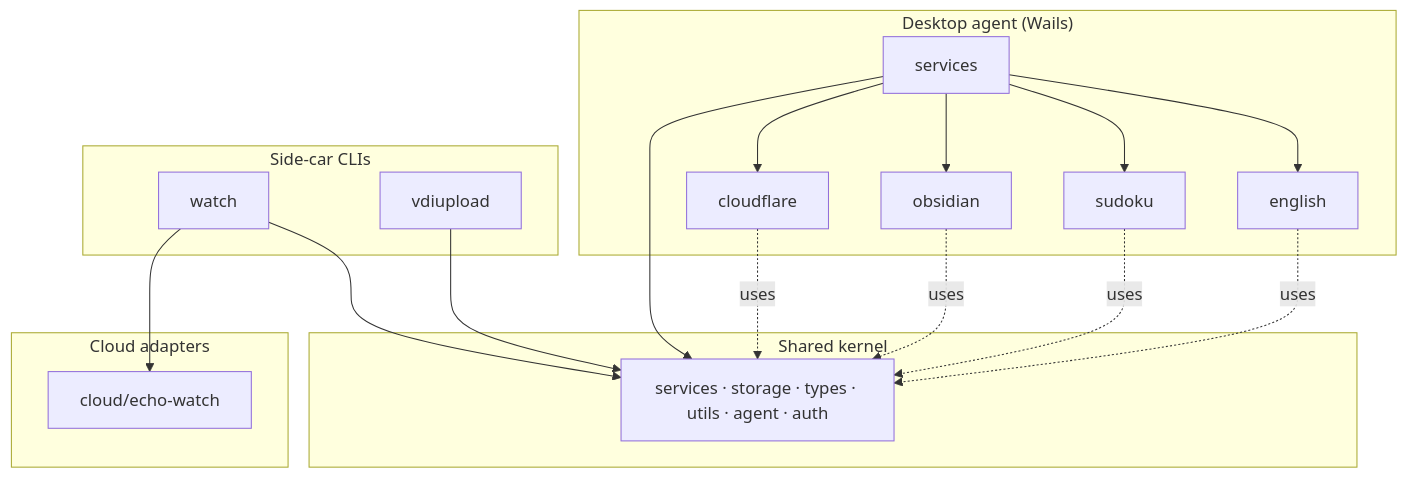
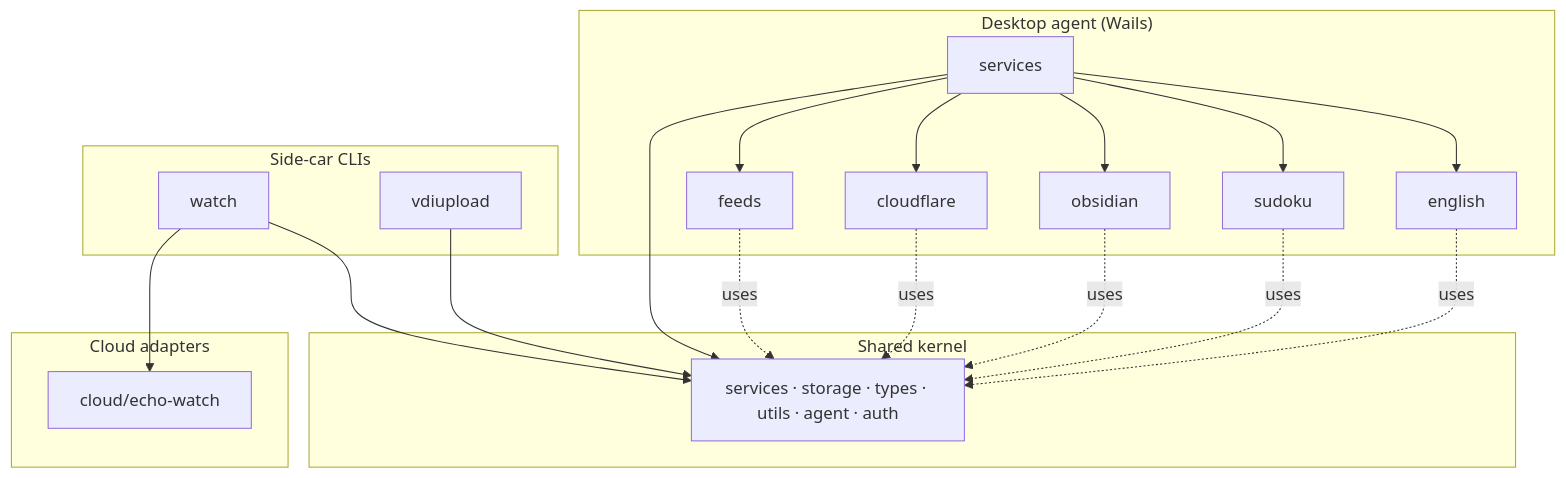
The diagram in docs/domains/README.md (zcharym/talus-mofish), drawn with Mermaid before and after one commit. The commit also changed other lines of this file and 43 other files, not shown here.

````diff
--- a/docs/domains/README.md
+++ b/docs/domains/README.md
@@ -26,36 +27,39 @@
 ```mermaid
 flowchart TB
   subgraph desktop["Desktop agent (Wails)"]
     EN[english]
     SU[sudoku]
     OB[obsidian]
     CF[cloudflare]
+    FD[feeds]
     SVC[services]
     SVC --> EN
     SVC --> SU
     SVC --> OB
     SVC --> CF
+    SVC --> FD
   end
 
   subgraph sidecars["Side-car CLIs"]
     W[watch]
     U[vdiupload]
   end
 
   subgraph cloud["Cloud adapters"]
     CW[cloud/echo-watch]
   end
 
   subgraph kernel["Shared kernel"]
     K[services · storage · types · utils · agent · auth]
   end
 
   SVC --> K
   EN -.->|uses| K
   SU -.->|uses| K
   OB -.->|uses| K
   CF -.->|uses| K
+  FD -.->|uses| K
   W --> K
   U --> K
   W --> CW
 ```
````
